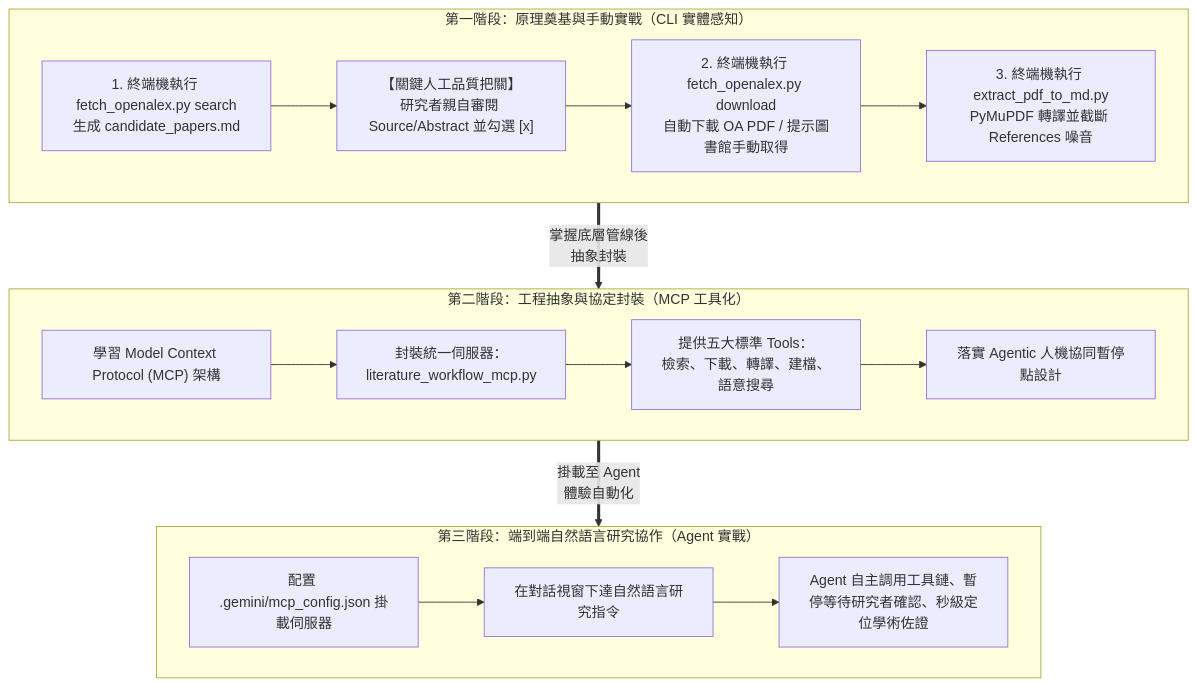
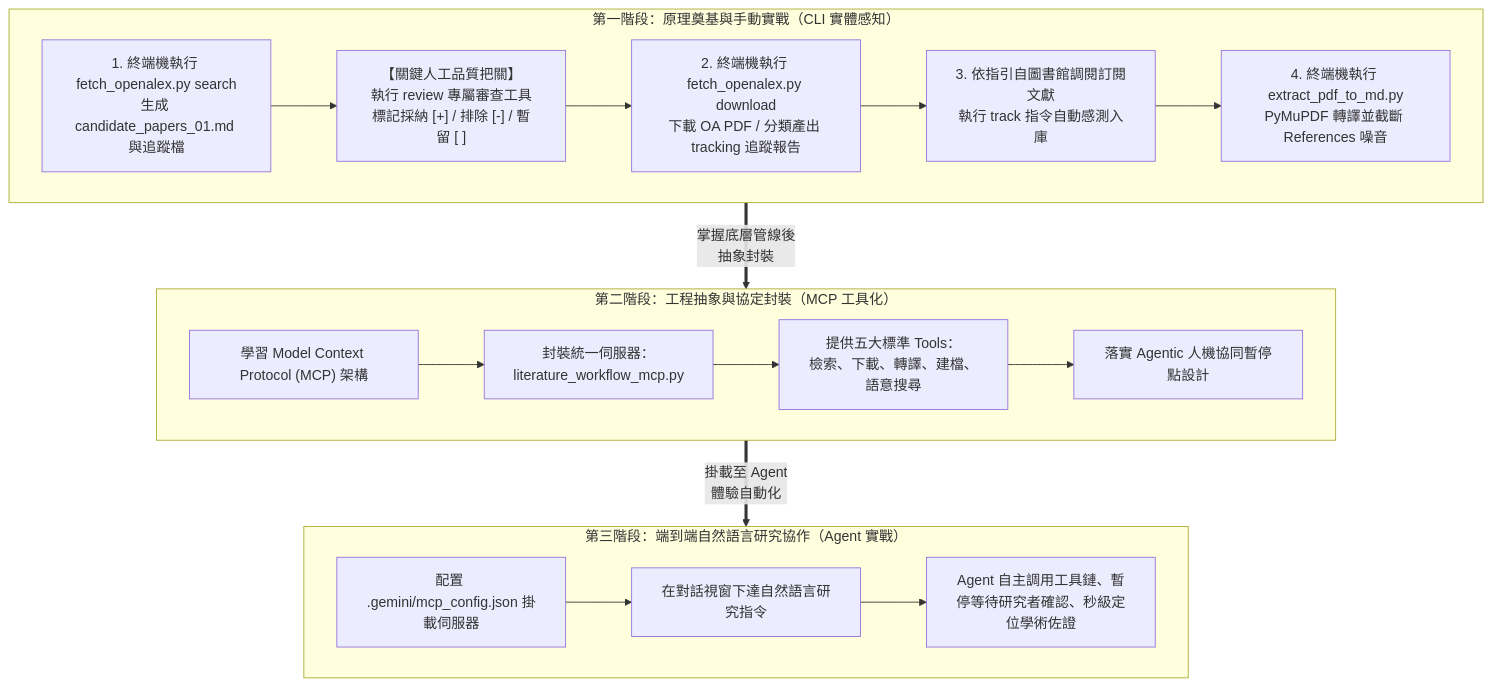
The first of 4 diagrams in 02_智慧文獻爬梳與本機向量化檢索.md (sungchien/literature_agent), drawn with Mermaid before and after one commit. The commit also changed other lines of this file and 13 other files, not shown here.

````diff
--- a/02_智慧文獻爬梳與本機向量化檢索.md
+++ b/02_智慧文獻爬梳與本機向量化檢索.md
@@ -54,23 +54,24 @@
 ```mermaid
 flowchart TD
     subgraph Phase1["第一階段：原理奠基與手動實戰（CLI 實體感知）"]
-        P1["1. 終端機執行 fetch_openalex.py search<br/>生成 candidate_papers.md"] --> P2["【關鍵人工品質把關】<br/>研究者親自審閱 Source/Abstract 並勾選 [x]"]
-        P2 --> P3["2. 終端機執行 fetch_openalex.py download<br/>自動下載 OA PDF / 提示圖書館手動取得"]
-        P3 --> P4["3. 終端機執行 extract_pdf_to_md.py<br/>PyMuPDF 轉譯並截斷 References 噪音"]
+        P1["1. 終端機執行 fetch_openalex.py search<br/>生成 candidate_papers_01.md 與追蹤檔"] --> P2["【關鍵人工品質把關】<br/>執行 review 專屬審查工具<br/>標記採納 [+] / 排除 [-] / 暫留 [ ]"]
+        P2 --> P3["2. 終端機執行 fetch_openalex.py download<br/>下載 OA PDF / 分類產出 tracking 追蹤報告"]
+        P3 --> P3_1["3. 依指引自圖書館調閱訂閱文獻<br/>執行 track 指令自動感測入庫"]
+        P3_1 --> P4["4. 終端機執行 extract_pdf_to_md.py<br/>PyMuPDF 轉譯並截斷 References 噪音"]
     end
 
     subgraph Phase2["第二階段：工程抽象與協定封裝（MCP 工具化）"]
         M1["學習 Model Context Protocol (MCP) 架構"] --> M2["封裝統一伺服器：literature_workflow_mcp.py"]
         M2 --> M3["提供五大標準 Tools：<br/>檢索、下載、轉譯、建檔、語意搜尋"]
         M3 --> M4["落實 Agentic 人機協同暫停點設計"]
     end
 
     subgraph Phase3["第三階段：端到端自然語言研究協作（Agent 實戰）"]
         A1["配置 .gemini/mcp_config.json 掛載伺服器"] --> A2["在對話視窗下達自然語言研究指令"]
         A2 --> A3["Agent 自主調用工具鏈、暫停等待研究者確認、秒級定位學術佐證"]
     end
 
     Phase1 ==>|"掌握底層管線後<br/>抽象封裝"| Phase2
     Phase2 ==>|"掛載至 Agent<br/>體驗自動化"| Phase3
 
 ```
````
